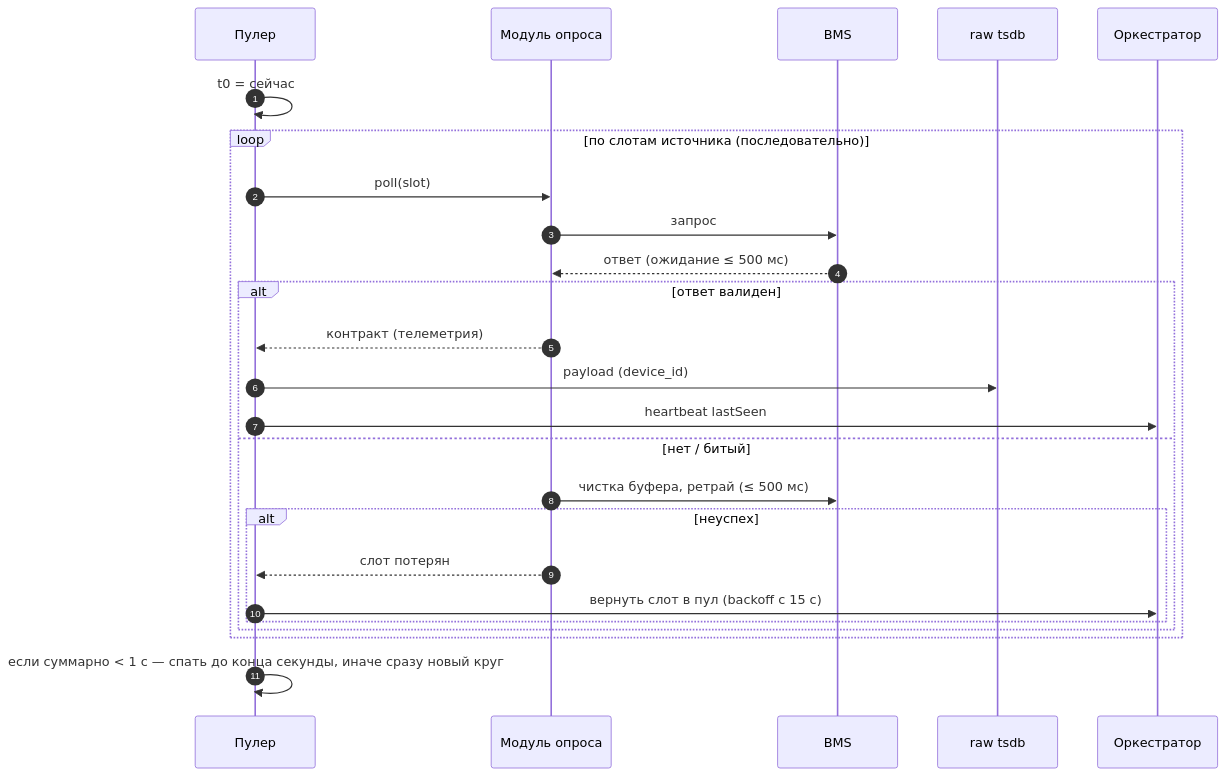
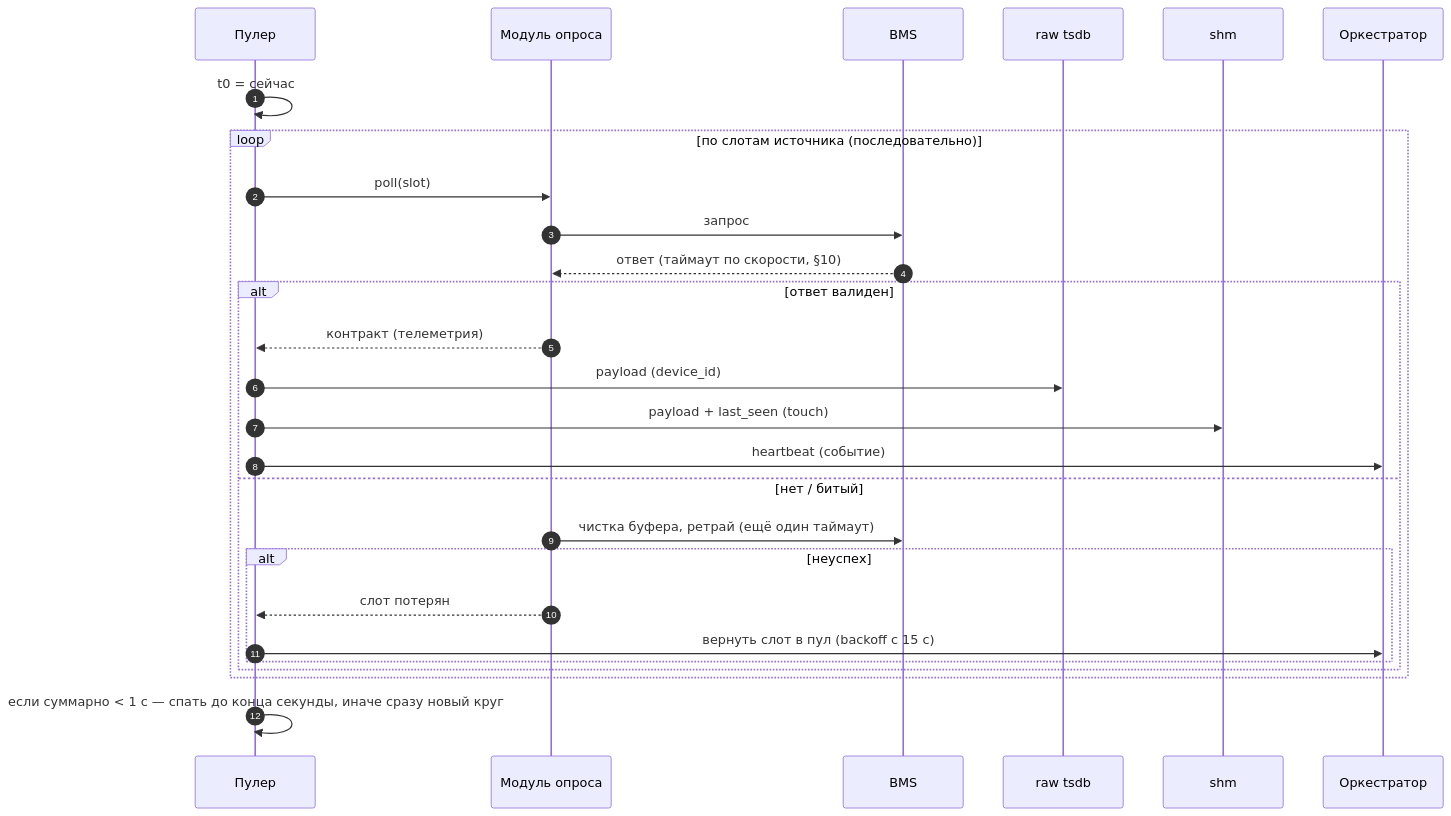
Before and after one commit to galiy/malina-26: the fourth of 11 diagrams in docs/bms-reader-arch.md, drawn with Mermaid. The commit also changed other lines of this file and 42 other files, not shown here.

````diff
--- a/docs/bms-reader-arch.md
+++ b/docs/bms-reader-arch.md
@@ -241,28 +242,30 @@
 ```mermaid
 sequenceDiagram
   autonumber
   participant PL as Пулер
   participant M as Модуль опроса
   participant B as BMS
   participant RAW as raw tsdb
+  participant SHM as shm
   participant O as Оркестратор
 
   PL->>PL: t0 = сейчас
   loop по слотам источника (последовательно)
     PL->>M: poll(slot)
     M->>B: запрос
-    B-->>M: ответ (ожидание ≤ 500 мс)
+    B-->>M: ответ (таймаут по скорости, §10)
     alt ответ валиден
       M-->>PL: контракт (телеметрия)
       PL->>RAW: payload (device_id)
-      PL->>O: heartbeat lastSeen
+      PL->>SHM: payload + last_seen (touch)
+      PL->>O: heartbeat (событие)
     else нет / битый
-      M->>B: чистка буфера, ретрай (≤ 500 мс)
+      M->>B: чистка буфера, ретрай (ещё один таймаут)
       alt неуспех
         M-->>PL: слот потерян
         PL->>O: вернуть слот в пул (backoff с 15 с)
       end
     end
   end
   PL->>PL: если суммарно < 1 с — спать до конца секунды, иначе сразу новый круг
 ```
````
